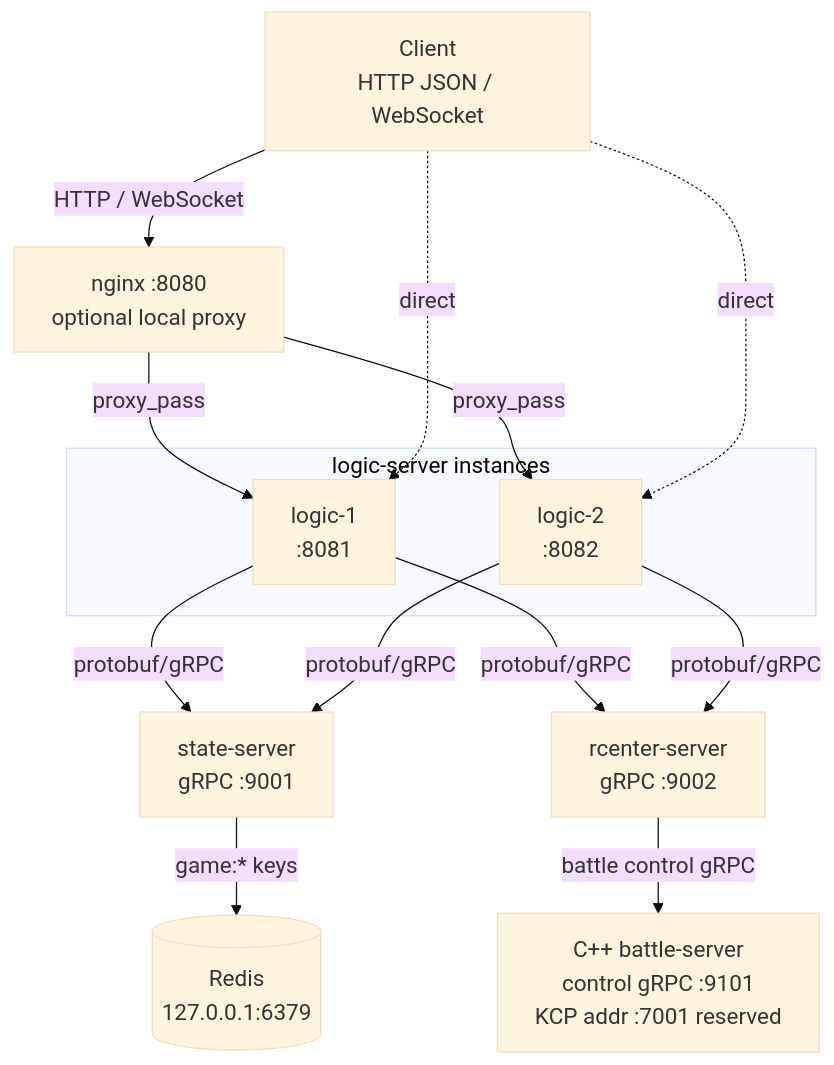
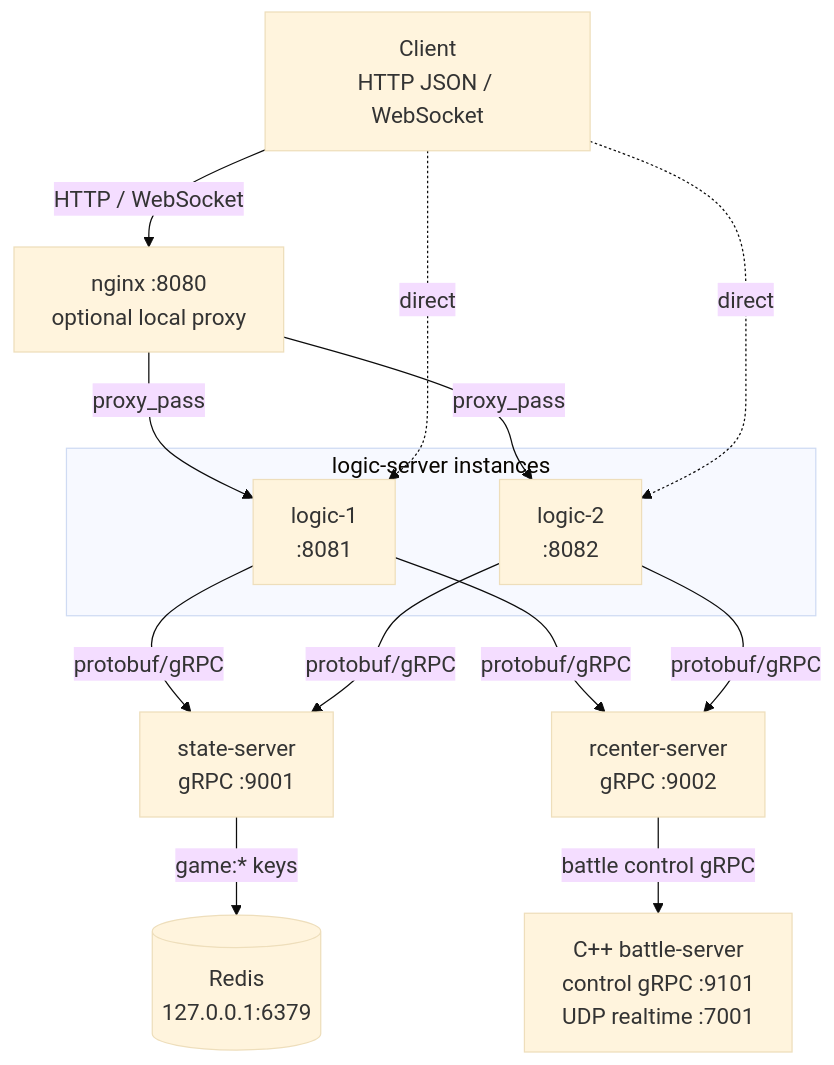
Before and after one commit to zzzhr666/server: the first of 3 diagrams in docs/architecture.md, drawn with Mermaid. The commit also changed other lines of this file and 4 other files, not shown here.

````diff
--- a/docs/architecture.md
+++ b/docs/architecture.md
@@ -11,28 +11,28 @@
 ```mermaid
 %%{init: {"theme": "base", "themeVariables": {"fontSize": "18px", "fontFamily": "Arial"}}}%%
 flowchart TB
     client["Client<br/>HTTP JSON / WebSocket"]
     nginx["nginx :8080<br/>optional local proxy"]
 
     subgraph logic["logic-server instances"]
         logic1["logic-1<br/>:8081"]
         logic2["logic-2<br/>:8082"]
     end
 
     stateServer["state-server<br/>gRPC :9001"]
     rcenterServer["rcenter-server<br/>gRPC :9002"]
-    battleServer["C++ battle-server<br/>control gRPC :9101<br/>KCP addr :7001 reserved"]
+    battleServer["C++ battle-server<br/>control gRPC :9101<br/>UDP realtime :7001"]
     redis[("Redis<br/>127.0.0.1:6379")]
 
     client -->|"HTTP / WebSocket"| nginx
     nginx -->|"proxy_pass"| logic1
     nginx -->|"proxy_pass"| logic2
     client -. direct .-> logic1
     client -. direct .-> logic2
     logic1 -->|"protobuf/gRPC"| stateServer
     logic2 -->|"protobuf/gRPC"| stateServer
     logic1 -->|"protobuf/gRPC"| rcenterServer
     logic2 -->|"protobuf/gRPC"| rcenterServer
     rcenterServer -->|"battle control gRPC"| battleServer
     stateServer -->|"game:* keys"| redis
 ```
````
